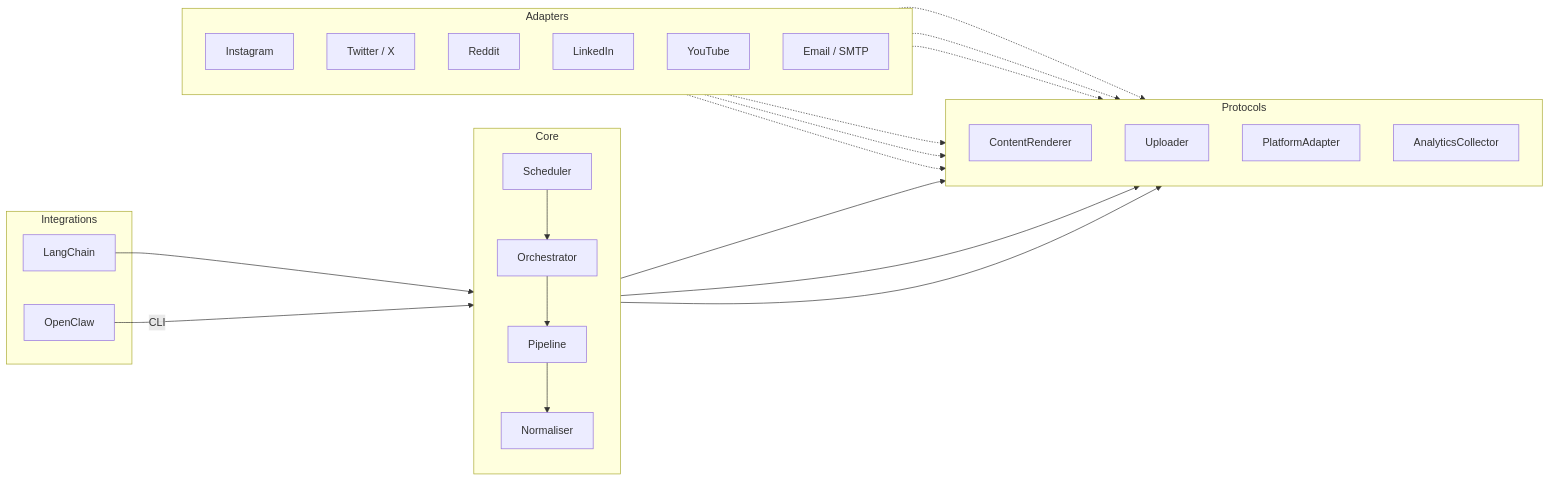
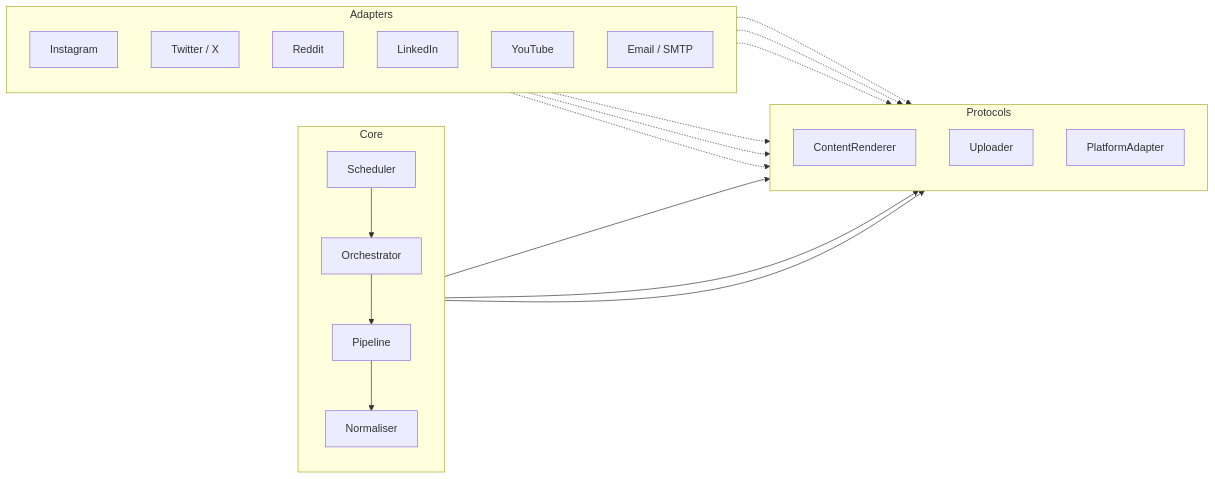
One commit to thearnavrustagi/marketmenow changed the diagram in README.md. Above: the diagram before and after it, drawn with Mermaid. The commit also changed other lines of this file and 26 other files, not shown here.

````diff
--- a/README.md
+++ b/README.md
@@ -210,44 +188,36 @@
 ```mermaid
 graph LR
-    subgraph integrations [Integrations]
-        LC["LangChain"]
-        OC["OpenClaw"]
-    end
-
     subgraph core [Core]
         direction TB
         Scheduler --> Orchestrator
         Orchestrator --> Pipeline
         Pipeline --> Normaliser
     end
 
     subgraph ports [Protocols]
         direction TB
         Renderer["ContentRenderer"]
         Uploader["Uploader"]
         Adapter["PlatformAdapter"]
-        Analytics["AnalyticsCollector"]
     end
 
     subgraph adapters [Adapters]
         direction TB
         IG["Instagram"]
         TW["Twitter / X"]
         RD["Reddit"]
         LI["LinkedIn"]
         YT["YouTube"]
         EM["Email / SMTP"]
     end
 
-    LC --> Orchestrator
-    OC -->|CLI| Pipeline
     Pipeline --> Renderer
     Pipeline --> Uploader
     Pipeline --> Adapter
     IG -.-> Adapter
     TW -.-> Adapter
     RD -.-> Adapter
     LI -.-> Adapter
     YT -.-> Adapter
     EM -.-> Adapter
 ```
````
